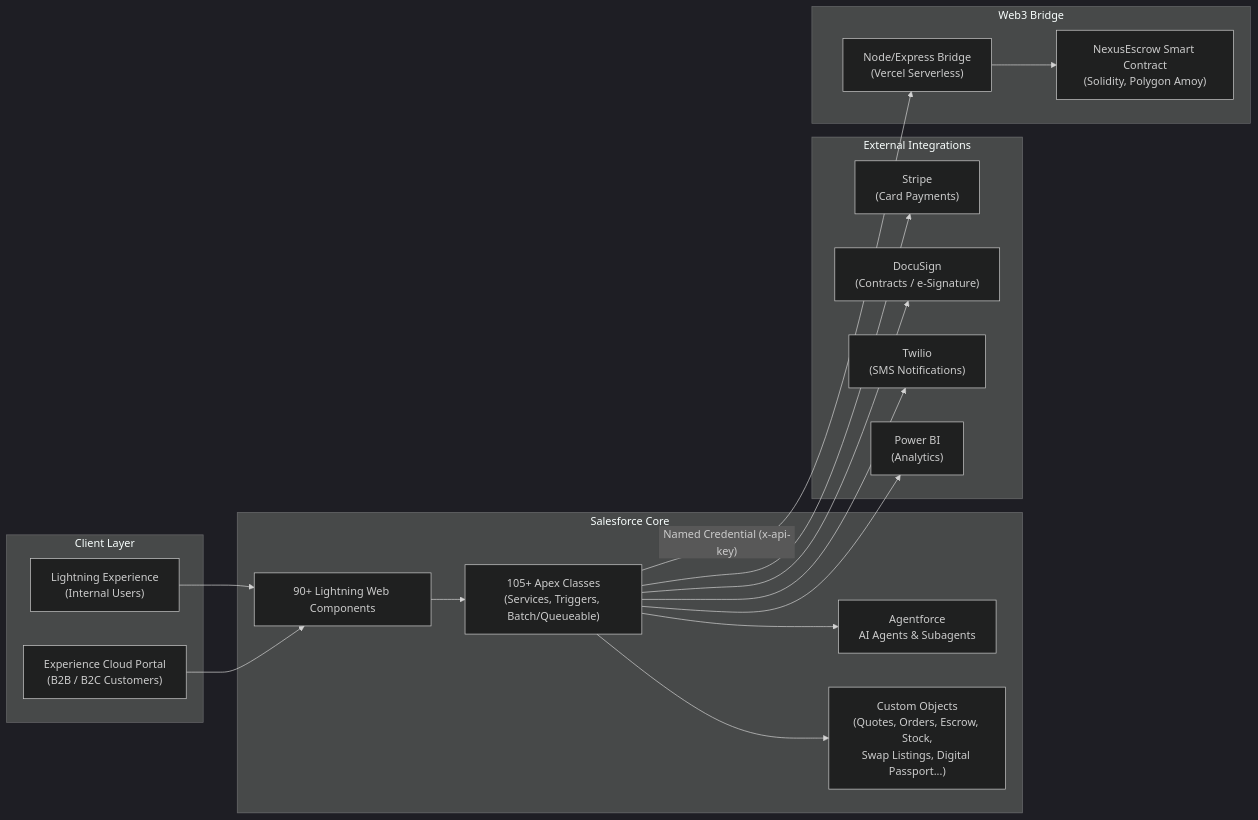
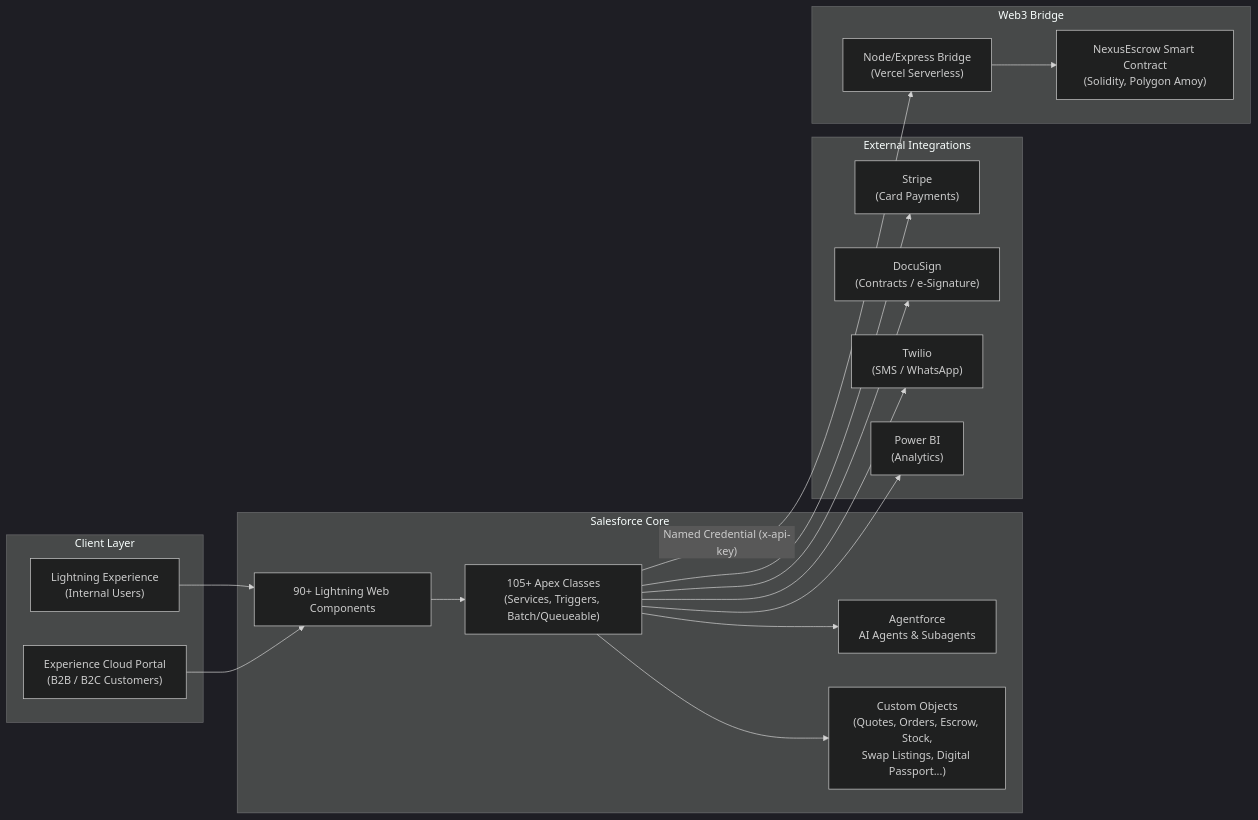
The first of 4 diagrams in README.md (zeinebroihii/ecommerce-platform), drawn with Mermaid (dark theme) before and after one commit. The commit also changed other lines of this file and 1 other file, not shown here.

Commit message:
docs: expand README with real architecture diagrams, AI layer, and release process

````diff
--- a/README.md
+++ b/README.md
@@ -24,38 +28,38 @@
 ```mermaid
 flowchart LR
     subgraph Client["Client Layer"]
         LEX["Lightning Experience\n(Internal Users)"]
         EXP["Experience Cloud Portal\n(B2B / B2C Customers)"]
     end
 
     subgraph SF["Salesforce Core"]
         LWC["90+ Lightning Web Components"]
         APEX["105+ Apex Classes\n(Services, Triggers, Batch/Queueable)"]
         AGENT["Agentforce\nAI Agents & Subagents"]
         DATA["Custom Objects\n(Quotes, Orders, Escrow, Stock,\nSwap Listings, Digital Passport...)"]
     end
 
     subgraph External["External Integrations"]
         STRIPE["Stripe\n(Card Payments)"]
         DOCUSIGN["DocuSign\n(Contracts / e-Signature)"]
-        TWILIO["Twilio\n(SMS Notifications)"]
+        TWILIO["Twilio\n(SMS / WhatsApp)"]
         POWERBI["Power BI\n(Analytics)"]
     end
 
     subgraph Web3["Web3 Bridge"]
         BRIDGE["Node/Express Bridge\n(Vercel Serverless)"]
         CHAIN["NexusEscrow Smart Contract\n(Solidity, Polygon Amoy)"]
     end
 
     LEX --> LWC
     EXP --> LWC
     LWC --> APEX
     APEX --> AGENT
     APEX --> DATA
     APEX --> STRIPE
     APEX --> DOCUSIGN
     APEX --> TWILIO
     APEX --> POWERBI
     APEX -- "Named Credential (x-api-key)" --> BRIDGE
     BRIDGE --> CHAIN
 ```
````
